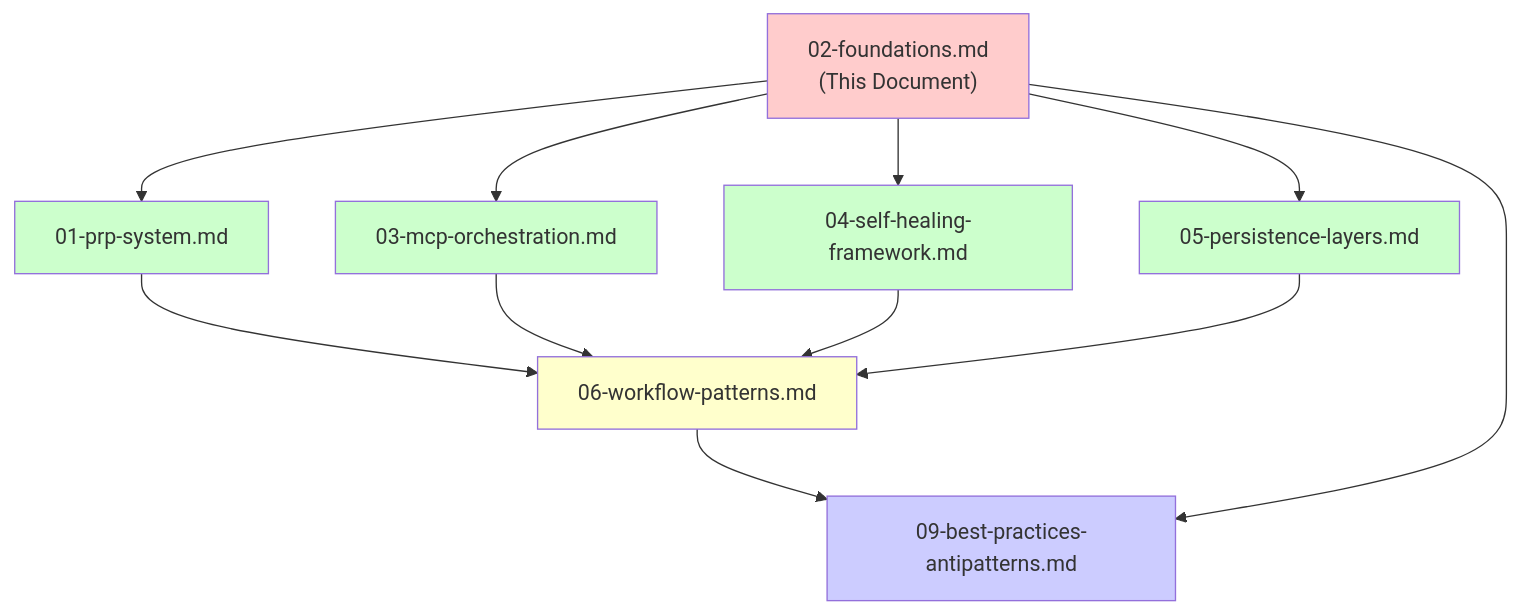
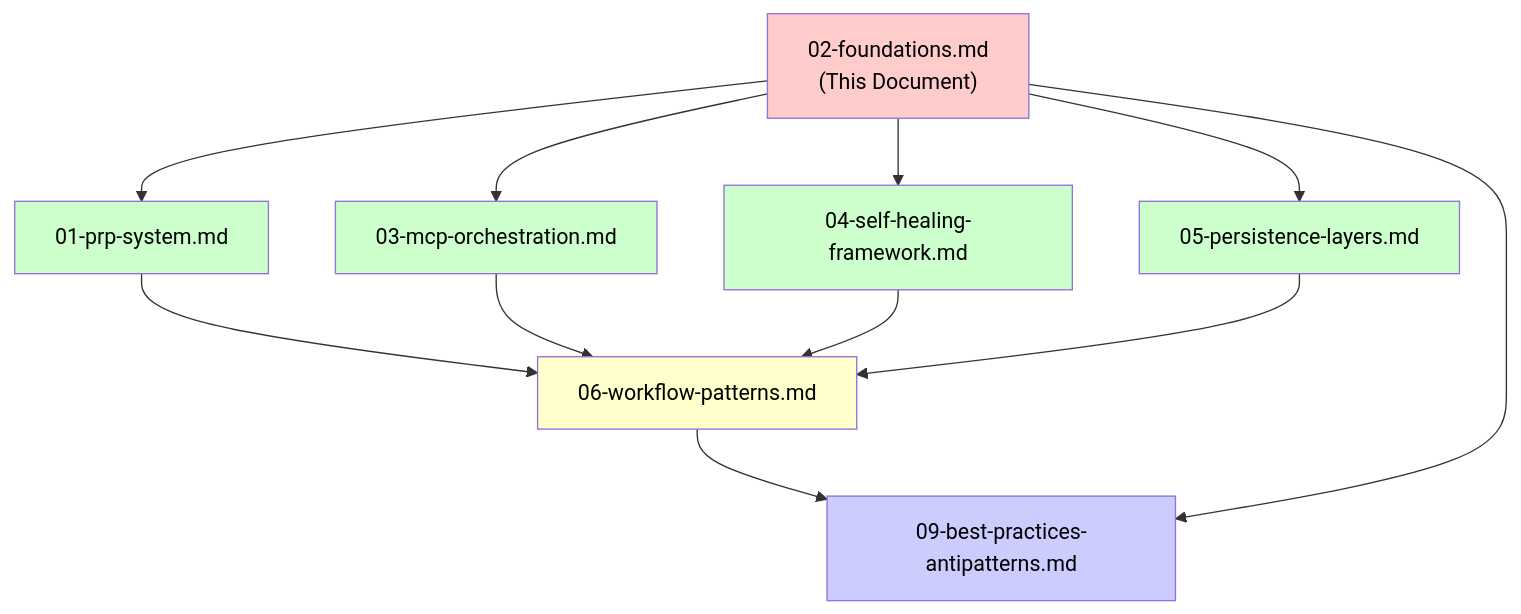
Before and after one commit to bprzybys-nc/ctx-eng-plus: the eighth of 8 diagrams in docs/02-context-engineering-foundations.md, drawn with Mermaid. The commit also changed other lines of this file and 8 other files, not shown here.

````diff
--- a/docs/02-context-engineering-foundations.md
+++ b/docs/02-context-engineering-foundations.md
@@ -1022,23 +1050,23 @@
 ```mermaid
 graph TD
     A["02-foundations.md<br/>(This Document)"] --> B["01-prp-system.md"]
     A --> C["03-mcp-orchestration.md"]
     A --> D["04-self-healing-framework.md"]
     A --> E["05-persistence-layers.md"]
 
     B --> F["06-workflow-patterns.md"]
     C --> F
     D --> F
     E --> F
 
     F --> G["09-best-practices-antipatterns.md"]
     A --> G
 
-    style A fill:#ffcccc
-    style B fill:#ccffcc
-    style C fill:#ccffcc
-    style D fill:#ccffcc
-    style E fill:#ccffcc
-    style F fill:#ffffcc
-    style G fill:#ccccff
+    style A fill:#ffcccc,color:#000
+    style B fill:#ccffcc,color:#000
+    style C fill:#ccffcc,color:#000
+    style D fill:#ccffcc,color:#000
+    style E fill:#ccffcc,color:#000
+    style F fill:#ffffcc,color:#000
+    style G fill:#ccccff,color:#000
 ```
````
